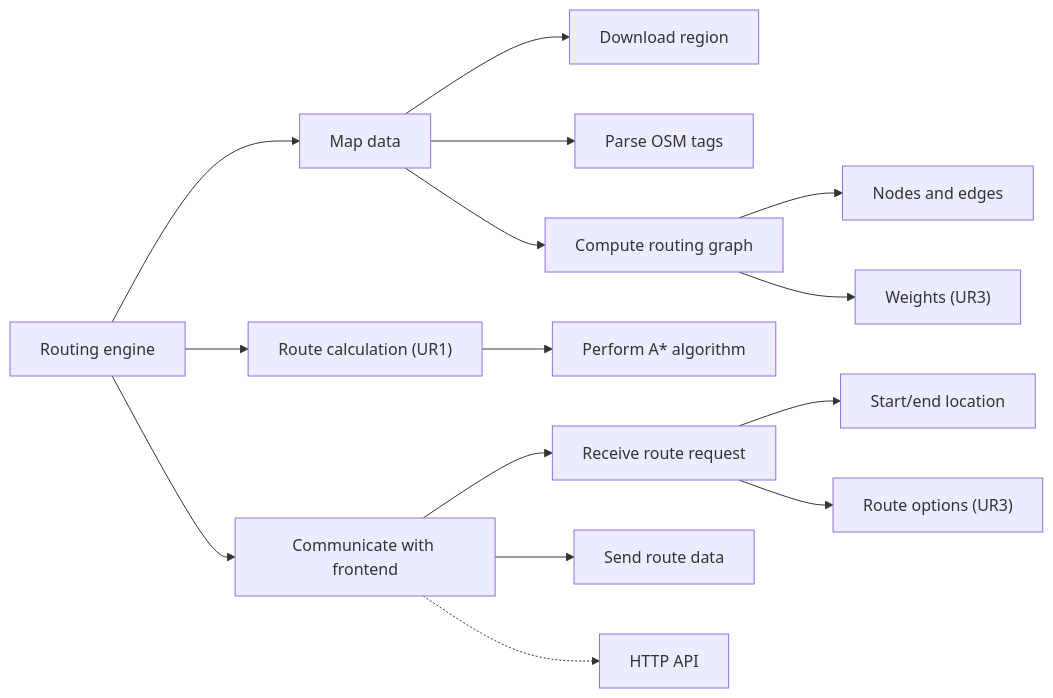
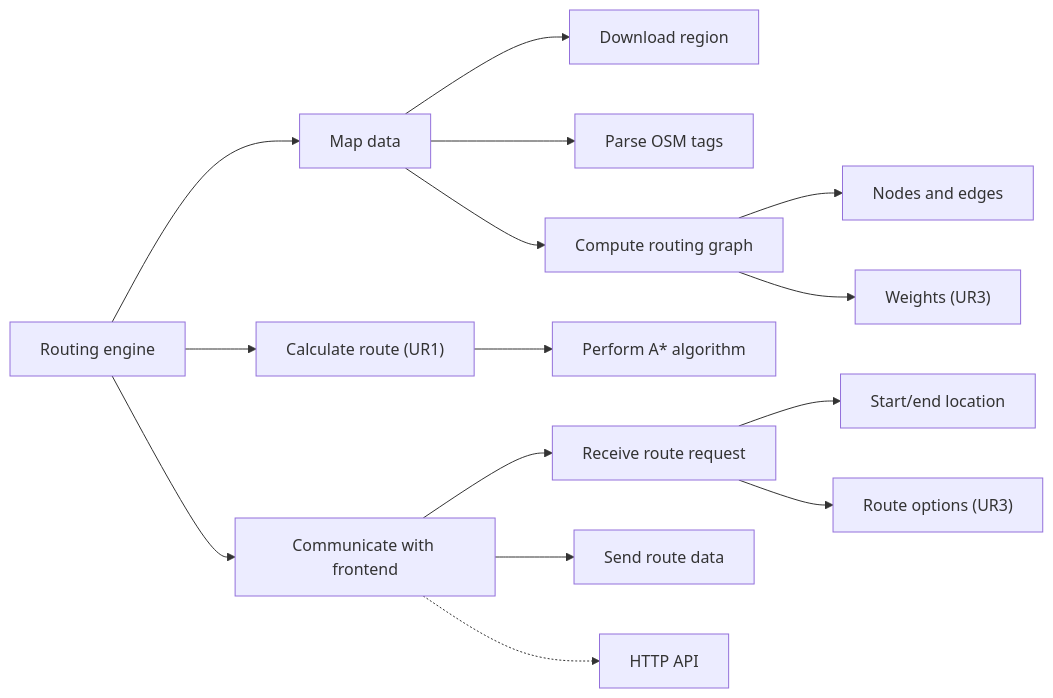
Before and after one commit to RandomSearch18/a-level-project: the first of 2 diagrams in docs/readme.md, drawn with Mermaid. The commit also changed other lines of this file, not shown here.

Commit message:
Program structure diagrams: Add skeleton for explanations and justifications

````diff
--- a/docs/readme.md
+++ b/docs/readme.md
@@ -816,18 +831,18 @@
 ```mermaid
 graph LR
   A[Routing engine]
   A --> B[Map data]
     B --> BA[Download region]
     B --> BB[Parse OSM tags]
     B --> BC[Compute routing graph]
       BC --> BCA[Nodes and edges]
       BC --> BCB["Weights (UR3)"]
-  A --> C["Route calculation (UR1)"]
+  A --> C["Calculate route (UR1)"]
     C --> CA[Perform A* algorithm]
   A --> D[Communicate with frontend]
     D --> DA[Receive route request]
       DA --> DAA[Start/end location]
       DA --> DAB["Route options (UR3)"]
     D --> DB[Send route data]
     D -.-> DC[HTTP API]
 ```
````
